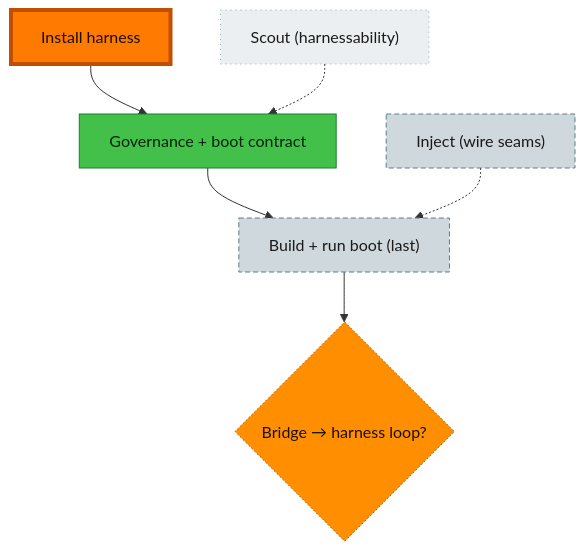
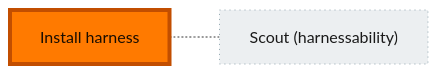
Before and after one commit to AI-Substrate/harness-engineering: the first of 4 diagrams in harness/cli/test/services/flow/fixtures/render/harness-adopt.md, drawn with Mermaid. The commit also changed other lines of this file and 9 other files, not shown here.

First line of the commit message:
feat(flow-render): sectioned layout — kill the diagonal spine skew

````diff
--- a/harness/cli/test/services/flow/fixtures/render/harness-adopt.md
+++ b/harness/cli/test/services/flow/fixtures/render/harness-adopt.md
@@ -8,33 +10,10 @@
 ```mermaid
-flowchart TD
+flowchart LR
     install["Install harness"]:::done
-    governance["Governance + boot contract"]:::wip
-    build_boot["Build + run boot (last)"]:::assumed
-    bridge{"Bridge → harness loop?"}:::decision
-
-    install --> governance
-    governance --> build_boot
-    build_boot --> bridge
-
     scout["Scout (harnessability)"]:::unknown
-    inject["Inject (wire seams)"]:::assumed
-    scout -.-> governance
-    inject -.-> build_boot
-
+    install -.- scout
     classDef done fill:#1B7F2E,stroke:#0F4F1B,color:#fff;
-    classDef wip fill:#43C04A,stroke:#1B7F2E,color:#04210A;
-    classDef blocked fill:#E53935,stroke:#8E1513,color:#fff;
-    classDef known fill:#1E73E8,stroke:#0D3F86,color:#fff;
-    classDef assumed fill:#CFD8DC,stroke:#607D8B,color:#1a1a1a,stroke-dasharray:5 3;
-    classDef said fill:#FFD21F,stroke:#C79100,color:#241c00;
-    classDef harness fill:#7E3FF2,stroke:#4A1FA8,color:#fff;
-    classDef harnessFaded fill:#D6CBEC,stroke:#A892D4,color:#5B4E78;
-    classDef decision fill:#FF8F00,stroke:#B25E00,color:#1a1100,stroke-dasharray:2 2;
-    classDef companion fill:#AB2FCB,stroke:#6A1480,color:#fff;
-    classDef worker fill:#00A38C,stroke:#005046,color:#fff;
     classDef unknown fill:#ECEFF1,stroke:#90A4AE,color:#1a1a1a,stroke-dasharray:1 4;
-    classDef impOptional stroke-dasharray:2 3;
-    classDef impStrong stroke-width:3px;
     classDef current fill:#FF7A00,stroke:#C24E00,color:#1a0e00,stroke-width:4px;
     class install current;
 ```
````
